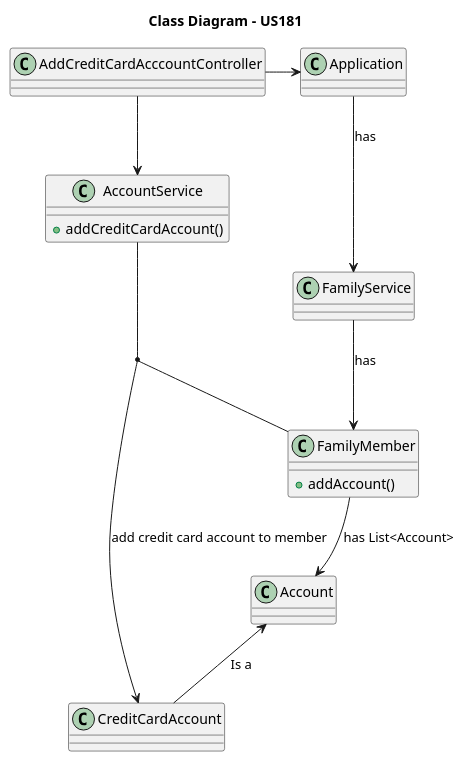
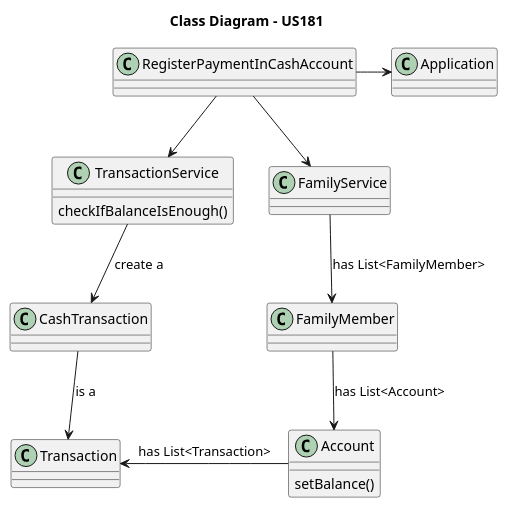
One commit to tomas-osswald/switch_2020_g3 changed the fourth of 4 diagrams in docs/sprint2/user_stories/US181_RegisterPaymentMyCashAccount.md. Above: the diagram before and after it, drawn with PlantUML. The commit also changed other lines of this file, not shown here.

Commit message:
add class diagram

````diff
--- a/docs/sprint2/user_stories/US181_RegisterPaymentMyCashAccount.md
+++ b/docs/sprint2/user_stories/US181_RegisterPaymentMyCashAccount.md
@@ -166,35 +166,39 @@
 ```puml
 
 title Class Diagram - US181
 
-class AddCreditCardAcccountController {
+class RegisterPaymentInCashAccount {
 }
 
 class Application {
 }
 
-class AccountService {
-+ addCreditCardAccount()
+class TransactionService {
+checkIfBalanceIsEnough()
 }
 
 class FamilyService {
-   }
+}
    
 class FamilyMember {
-    + addAccount()
 }
 
-class Account {
+class Account{
+setBalance()
 }
 
-class CreditCardAccount {
+class Transaction {
 }
 
-AddCreditCardAcccountController  -> Application
-AddCreditCardAcccountController  -down-> AccountService
-(AccountService, FamilyMember) -> CreditCardAccount : add credit card account to member
-Application --> FamilyService : has
-FamilyService --> FamilyMember : has
+class CashTransaction {
+}
+
+RegisterPaymentInCashAccount  -> Application
+RegisterPaymentInCashAccount  -down-> FamilyService
+RegisterPaymentInCashAccount  -down-> TransactionService
+TransactionService -down-> CashTransaction : create a
+FamilyService --> FamilyMember : has List<FamilyMember>
 FamilyMember --> Account : has List<Account>
-Account  <-- CreditCardAccount : Is a
+Account -left-> Transaction : has List<Transaction>
+CashTransaction -down-> Transaction : is a
 ```
````
